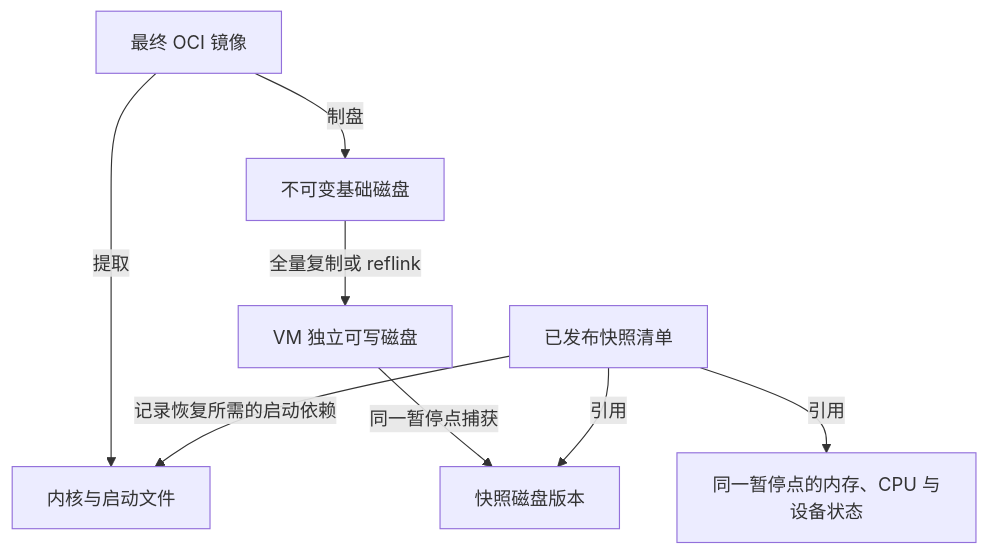
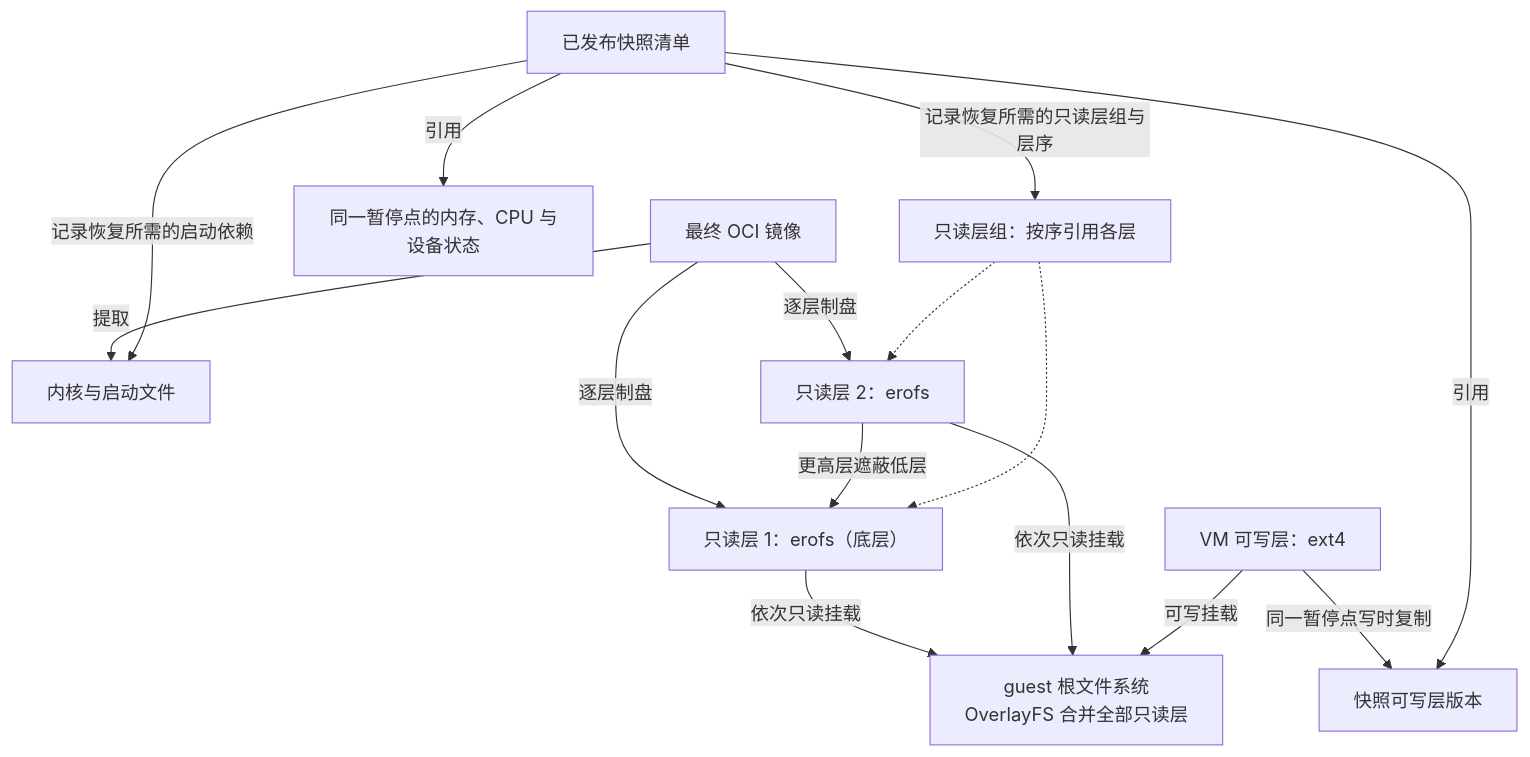
The third of 8 diagrams in architecture.md (woxQAQ/sandbox-101), drawn with Mermaid before and after one commit. The commit also changed other lines of this file and 1 other file, not shown here.

First line of the commit message:
architecture: 明确磁盘分层、只读层按 OCI 层拆分与宿主能力要求

````diff
--- a/architecture.md
+++ b/architecture.md
@@ -158,10 +181,17 @@
 ```mermaid
 flowchart TB
     OCI["最终 OCI 镜像"] -->|"提取"| BOOT["内核与启动文件"]
-    OCI -->|"制盘"| BASE["不可变基础磁盘"]
-    BASE -->|"全量复制或 reflink"| DISK["VM 独立可写磁盘"]
-    DISK -->|"同一暂停点捕获"| VERSION["快照磁盘版本"]
+    OCI -->|"逐层制盘"| L1["只读层 1：erofs（底层）"]
+    OCI -->|"逐层制盘"| L2["只读层 2：erofs"]
+    L2 -->|"更高层遮蔽低层"| L1
+    L1 -->|"依次只读挂载"| OVER["guest 根文件系统\nOverlayFS 合并全部只读层"]
+    L2 -->|"依次只读挂载"| OVER
+    DISK["VM 可写层：ext4"] -->|"可写挂载"| OVER
+    DISK -->|"同一暂停点写时复制"| VERSION["快照可写层版本"]
     MANIFEST["已发布快照清单"] -->|"引用"| VERSION
     MANIFEST -->|"引用"| STATE["同一暂停点的内存、CPU 与设备状态"]
+    MANIFEST -->|"记录恢复所需的只读层组与层序"| GRP["只读层组：按序引用各层"]
+    GRP -.-> L1
+    GRP -.-> L2
     MANIFEST -->|"记录恢复所需的启动依赖"| BOOT
 ```
````
